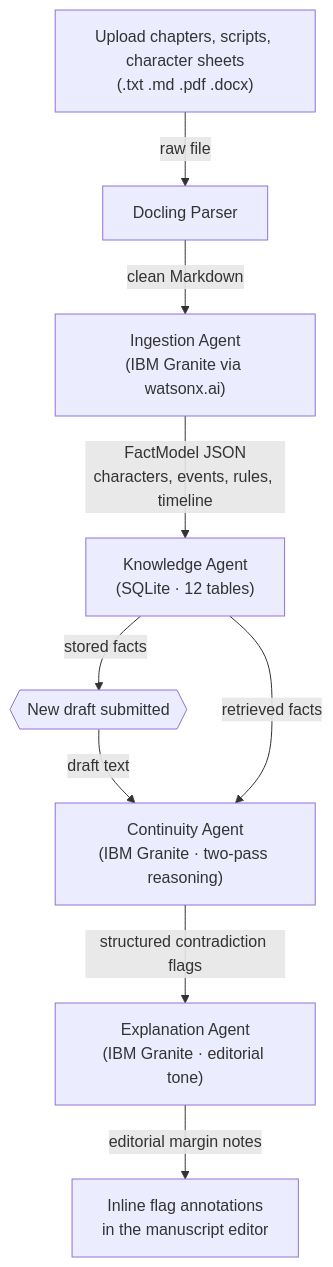
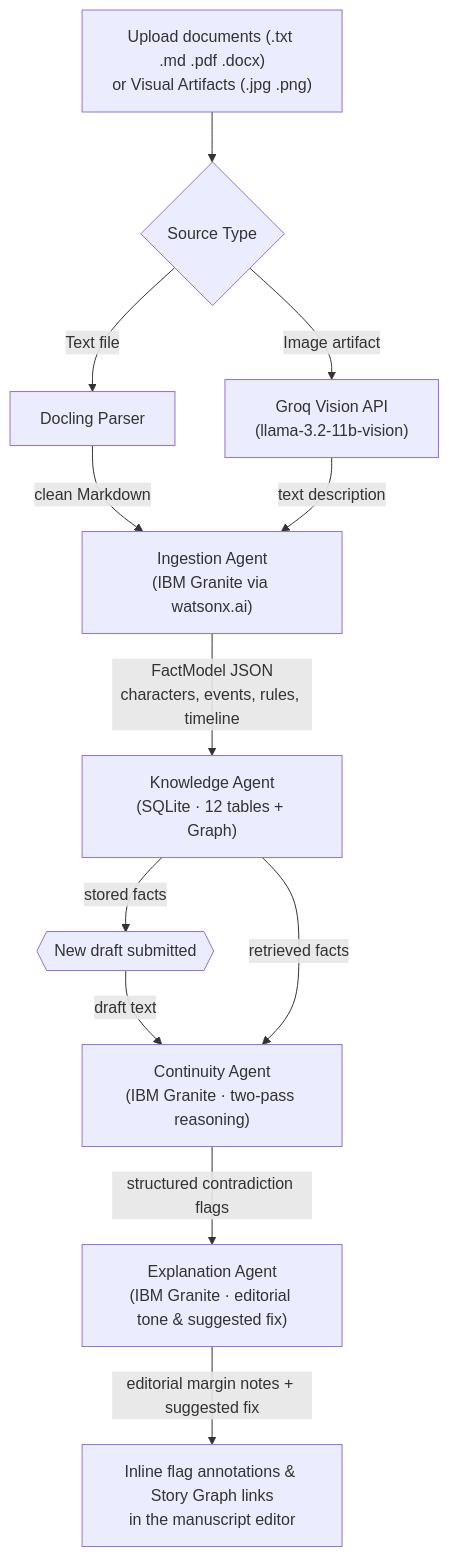
The diagram in README.md (0xkinno/continuum), drawn with Mermaid before and after one commit. The commit also changed other lines of this file and 16 other files, not shown here.

Commit message:
feat: add Groq Vision image ingestion, Visual Story Graph tab, and Enhanced Editorial Reasoning with suggested fixes

````diff
--- a/README.md
+++ b/README.md
@@ -63,11 +59,14 @@
 ```mermaid
 flowchart TD
-    A["Upload chapters, scripts, character sheets\n(.txt .md .pdf .docx)"] -->|"raw file"| B["Docling Parser"]
-    B -->|"clean Markdown"| C["Ingestion Agent\n(IBM Granite via watsonx.ai)"]
-    C -->|"FactModel JSON\ncharacters, events, rules, timeline"| D["Knowledge Agent\n(SQLite · 12 tables)"]
-    D -->|"stored facts"| E{{"New draft submitted"}}
-    E -->|"draft text"| F["Continuity Agent\n(IBM Granite · two-pass reasoning)"]
-    D -->|"retrieved facts"| F
-    F -->|"structured contradiction flags"| G["Explanation Agent\n(IBM Granite · editorial tone)"]
-    G -->|"editorial margin notes"| H["Inline flag annotations\nin the manuscript editor"]
+    A["Upload documents (.txt .md .pdf .docx)\nor Visual Artifacts (.jpg .png)"] --> B{"Source Type"}
+    B -->|"Text file"| C["Docling Parser"]
+    B -->|"Image artifact"| D["Groq Vision API\n(llama-3.2-11b-vision)"]
+    C -->|"clean Markdown"| E["Ingestion Agent\n(IBM Granite via watsonx.ai)"]
+    D -->|"text description"| E
+    E -->|"FactModel JSON\ncharacters, events, rules, timeline"| F["Knowledge Agent\n(SQLite · 12 tables + Graph)"]
+    F -->|"stored facts"| G{{"New draft submitted"}}
+    G -->|"draft text"| H["Continuity Agent\n(IBM Granite · two-pass reasoning)"]
+    F -->|"retrieved facts"| H
+    H -->|"structured contradiction flags"| I["Explanation Agent\n(IBM Granite · editorial tone & suggested fix)"]
+    I -->|"editorial margin notes + suggested fix"| J["Inline flag annotations & Story Graph links\nin the manuscript editor"]
 ```
````
